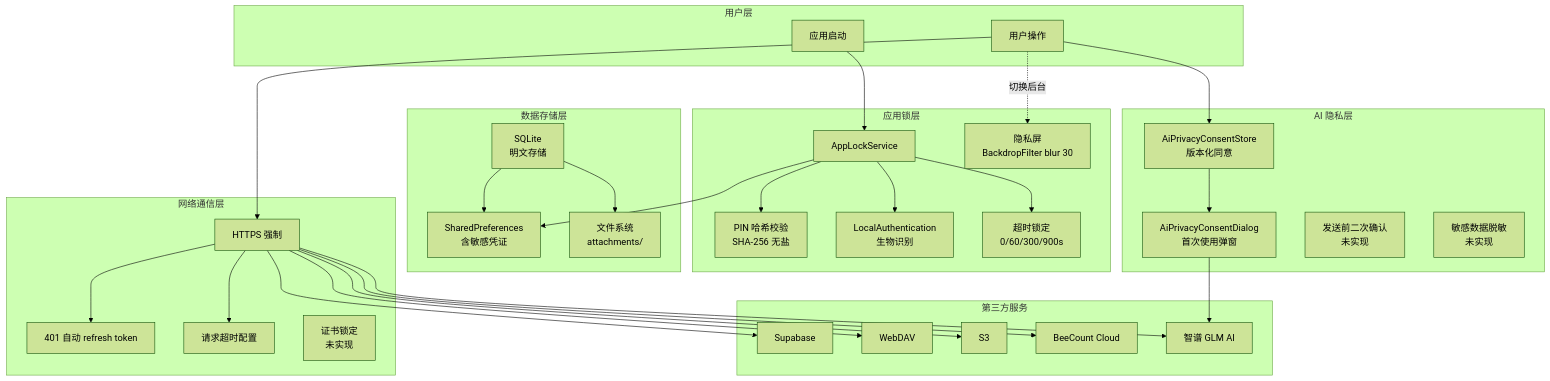
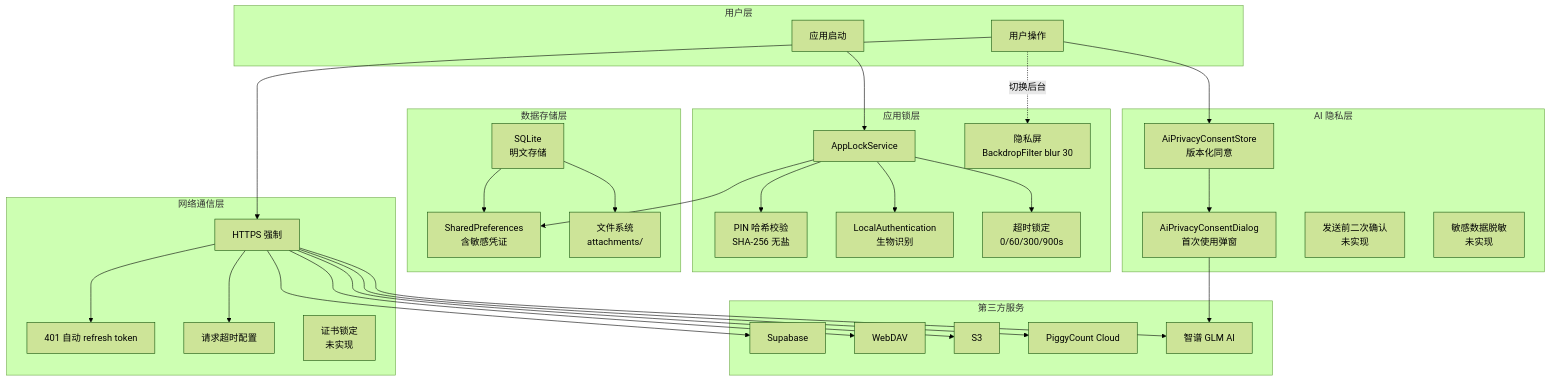
Before and after one commit to mecoren/PiggyCount: the first of 3 diagrams in docoments/12-security.md, drawn with Mermaid (forest theme). The commit also changed other lines of this file and 91 other files, not shown here.

````diff
--- a/docoments/12-security.md
+++ b/docoments/12-security.md
@@ -45,66 +45,66 @@
 ```mermaid
 flowchart TB
     subgraph 用户层
         U1[用户操作]
         U2[应用启动]
     end
 
     subgraph 应用锁层
         L1[AppLockService]
         L2[PIN 哈希校验<br/>SHA-256 无盐]
         L3[LocalAuthentication<br/>生物识别]
         L4[隐私屏<br/>BackdropFilter blur 30]
         L5[超时锁定<br/>0/60/300/900s]
     end
 
     subgraph 数据存储层
         D1[SQLite<br/>明文存储]
         D2[SharedPreferences<br/>含敏感凭证]
         D3[文件系统<br/>attachments/]
     end
 
     subgraph 网络通信层
         N1[HTTPS 强制]
         N2[401 自动 refresh token]
         N3[请求超时配置]
         N4[证书锁定<br/>未实现]
     end
 
     subgraph AI 隐私层
         A1[AiPrivacyConsentStore<br/>版本化同意]
         A2[AiPrivacyConsentDialog<br/>首次使用弹窗]
         A3[发送前二次确认<br/>未实现]
         A4[敏感数据脱敏<br/>未实现]
     end
 
     subgraph 第三方服务
         T1[Supabase]
         T2[WebDAV]
         T3[S3]
-        T4[BeeCount Cloud]
+        T4[PiggyCount Cloud]
         T5[智谱 GLM AI]
     end
 
     U2 --> L1
     L1 --> L2
     L1 --> L3
     L1 --> L5
     U1 -.切换后台.-> L4
 
     L1 --> D2
     D1 --> D2
     D1 --> D3
 
     U1 --> N1
     N1 --> N2
     N1 --> N3
     N1 --> T1
     N1 --> T2
     N1 --> T3
     N1 --> T4
     N1 --> T5
 
     U1 --> A1
     A1 --> A2
     A2 --> T5
 ```
````
